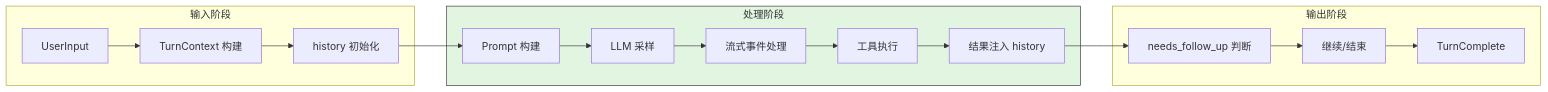
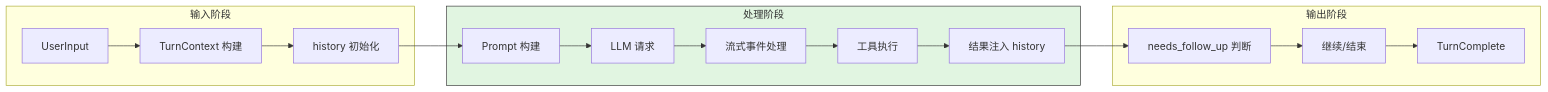
Before and after one commit to giraffe-tree/agent-base: the sixth of 12 diagrams in docs/codex/04-codex-agent-loop.md, drawn with Mermaid. The commit also changed other lines of this file and 2 other files, not shown here.

````diff
--- a/docs/codex/04-codex-agent-loop.md
+++ b/docs/codex/04-codex-agent-loop.md
@@ -376,24 +376,24 @@
 ```mermaid
 flowchart LR
     subgraph Input["输入阶段"]
         I1[UserInput] --> I2[TurnContext 构建]
         I2 --> I3[history 初始化]
     end
 
     subgraph Process["处理阶段"]
-        P1[Prompt 构建] --> P2[LLM 采样]
+        P1[Prompt 构建] --> P2[LLM 请求]
         P2 --> P3[流式事件处理]
         P3 --> P4[工具执行]
         P4 --> P5[结果注入 history]
     end
 
     subgraph Output["输出阶段"]
         O1[needs_follow_up 判断] --> O2[继续/结束]
         O2 --> O3[TurnComplete]
     end
 
     I3 --> P1
     P5 --> O1
 
     style Process fill:#e1f5e1,stroke:#333
 ```
````
